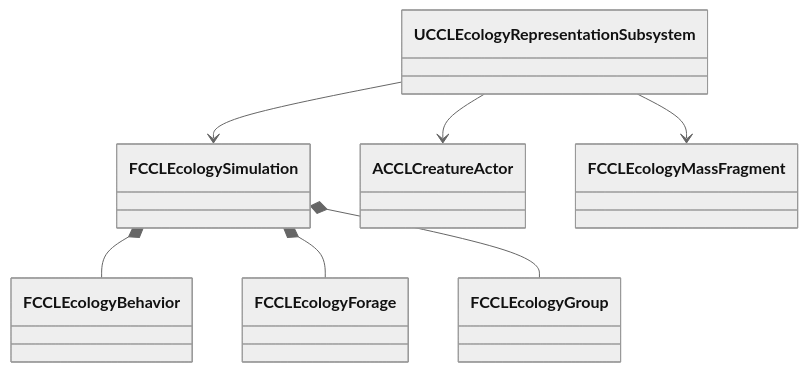
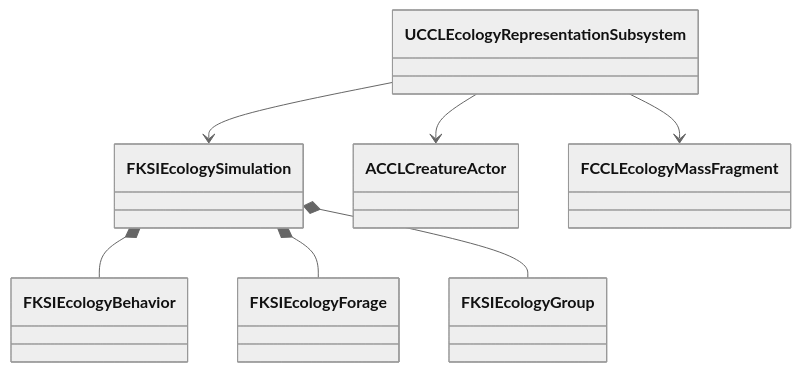
Before and after one commit to kang-sihwon/ccl8: the eighth of 13 diagrams in Docs/EnvironmentEcology.md, drawn with Mermaid (neutral theme). The commit also changed other lines of this file and 6 other files, not shown here.

````diff
--- a/Docs/EnvironmentEcology.md
+++ b/Docs/EnvironmentEcology.md
@@ -539,9 +537,9 @@
 ```mermaid
 classDiagram
-    FCCLEcologySimulation *-- FCCLEcologyBehavior
-    FCCLEcologySimulation *-- FCCLEcologyForage
-    FCCLEcologySimulation *-- FCCLEcologyGroup
-    UCCLEcologyRepresentationSubsystem --> FCCLEcologySimulation
+    FKSIEcologySimulation *-- FKSIEcologyBehavior
+    FKSIEcologySimulation *-- FKSIEcologyForage
+    FKSIEcologySimulation *-- FKSIEcologyGroup
+    UCCLEcologyRepresentationSubsystem --> FKSIEcologySimulation
     UCCLEcologyRepresentationSubsystem --> ACCLCreatureActor
     UCCLEcologyRepresentationSubsystem --> FCCLEcologyMassFragment
 ```
````
